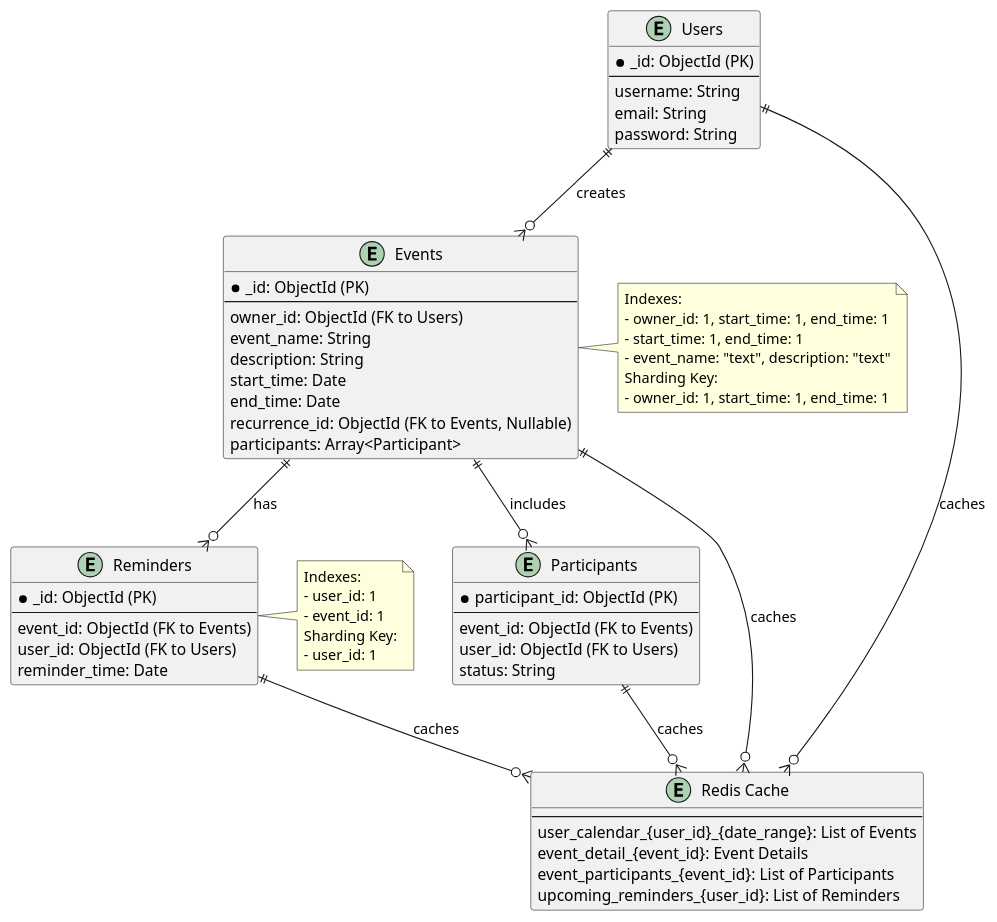
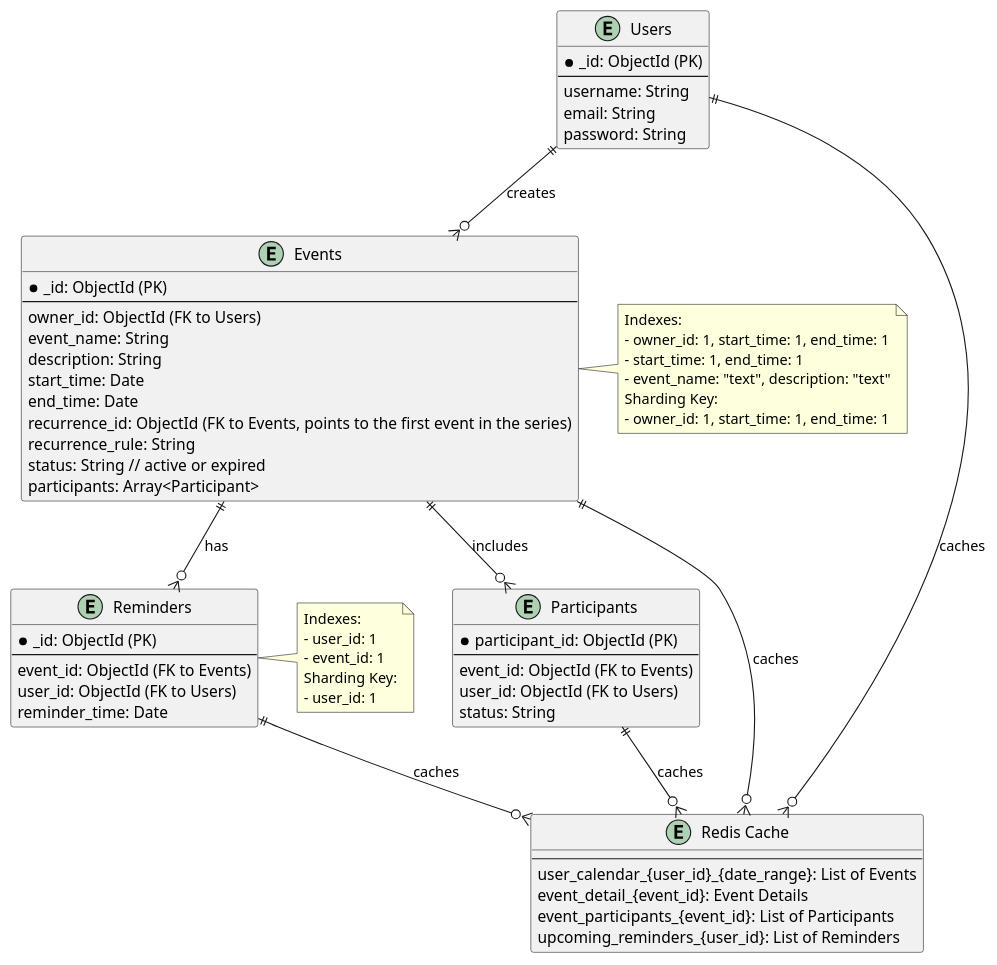
Before and after one commit to huangyingw/system_design: the diagram in high_traffic_calendar/high_traffic_calendar_mongodb_design.puml, drawn with PlantUML.

```diff
--- a/high_traffic_calendar/high_traffic_calendar_mongodb_design.puml
+++ b/high_traffic_calendar/high_traffic_calendar_mongodb_design.puml
@@ -1,72 +1,74 @@
 @startuml
 
 entity "Users" as U {
   *_id: ObjectId (PK)
   --
   username: String
   email: String
   password: String
 }
 
 entity "Events" as E {
   *_id: ObjectId (PK)
   --
   owner_id: ObjectId (FK to Users)
   event_name: String
   description: String
   start_time: Date
   end_time: Date
-  recurrence_id: ObjectId (FK to Events, Nullable)
+  recurrence_id: ObjectId (FK to Events, points to the first event in the series)
+  recurrence_rule: String
+  status: String // active or expired
   participants: Array<Participant>
 }
 
 entity "Participants" as P {
   *participant_id: ObjectId (PK)
   --
   event_id: ObjectId (FK to Events)
   user_id: ObjectId (FK to Users)
   status: String
 }
 
 entity "Reminders" as R {
   *_id: ObjectId (PK)
   --
   event_id: ObjectId (FK to Events)
   user_id: ObjectId (FK to Users)
   reminder_time: Date
 }
 
 entity "Redis Cache" as C {
   --
   user_calendar_{user_id}_{date_range}: List of Events
   event_detail_{event_id}: Event Details
   event_participants_{event_id}: List of Participants
   upcoming_reminders_{user_id}: List of Reminders
 }
 
 note right of E
   Indexes:
   - owner_id: 1, start_time: 1, end_time: 1
   - start_time: 1, end_time: 1
   - event_name: "text", description: "text"
   Sharding Key:
   - owner_id: 1, start_time: 1, end_time: 1
 end note
 
 note right of R
     Indexes:
     - user_id: 1
     - event_id: 1
     Sharding Key:
     - user_id: 1
   end note
 
 U ||--o{ E : creates
 E ||--o{ P : includes
 E ||--o{ R : has
 U ||--o{ C : caches
 E ||--o{ C : caches
 P ||--o{ C : caches
 R ||--o{ C : caches
 
 @enduml
```
